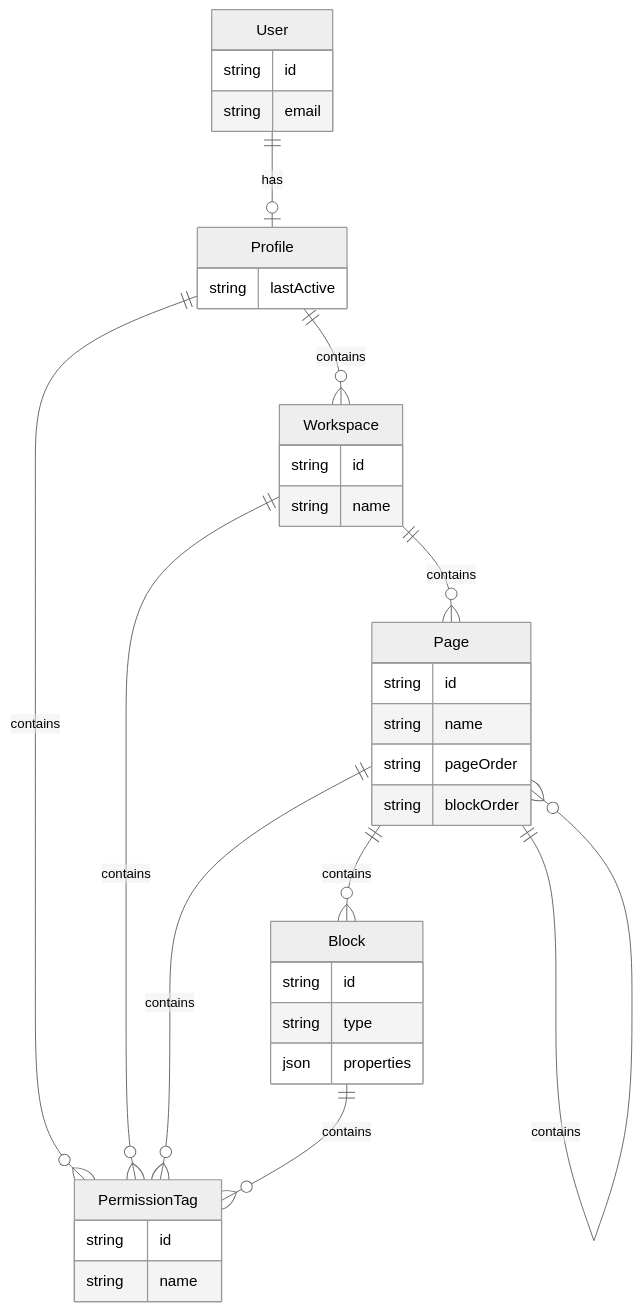
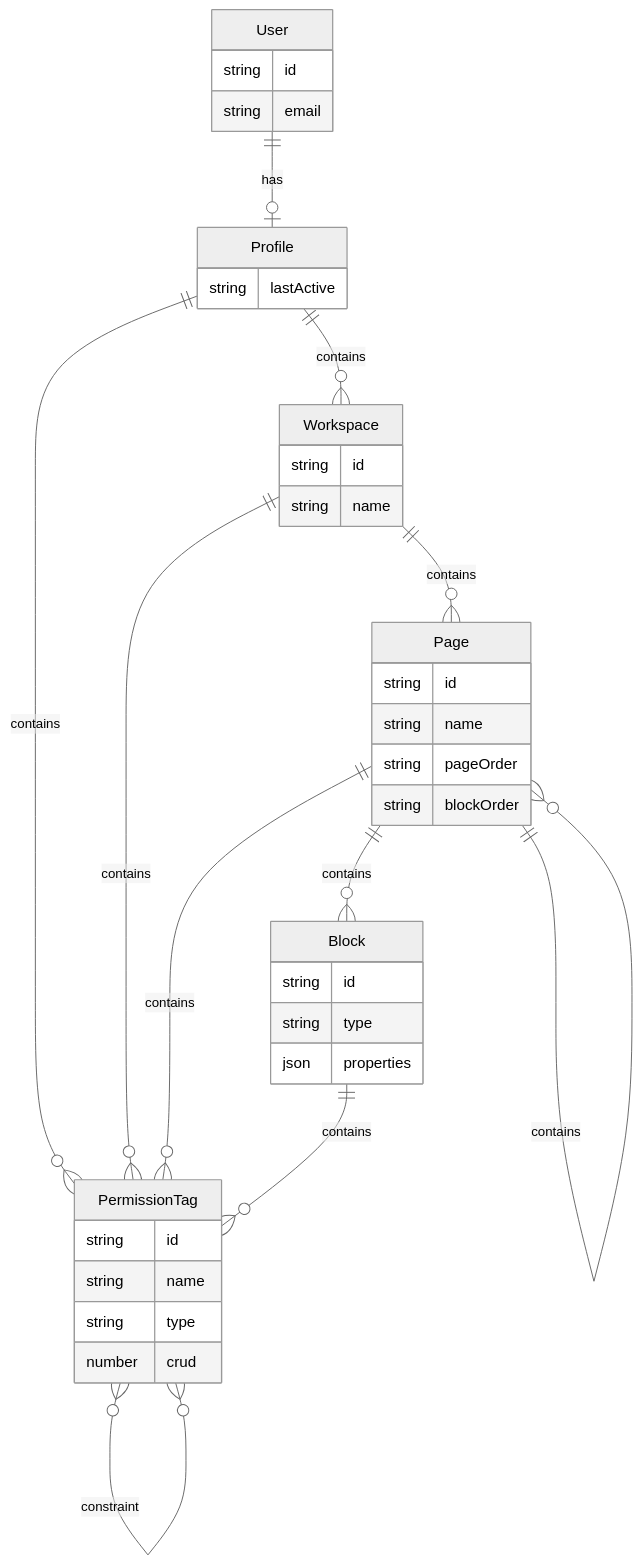
One commit to idealjs/chao-feng changed the diagram in docs/er.md. Above: the diagram before and after it, drawn with Mermaid (neutral theme). The commit also changed 1 other file, not shown here.

Commit message:
update: update tag's permission

````diff
--- a/docs/er.md
+++ b/docs/er.md
@@ -1,45 +1,48 @@
 ```mermaid
 erDiagram
 
 User {
 	string id
 	string email
 }
 
 Profile {
 	string lastActive
 }
 
 PermissionTag {
   string id
   string name
+  string type
+  number crud
 }
 
 Workspace {
   string id
   string name
 }
 
 Page {
   string id
   string name
   string pageOrder
   string blockOrder
 }
 
 Block {
   string id
   string type
   json properties
 }
 
 User ||--o| Profile: has
 Profile ||--o{ Workspace : contains
 Profile ||--o{ PermissionTag : contains
 Workspace ||--o{ PermissionTag : contains
 Workspace ||--o{ Page : contains
 Page ||--o{ Block : contains
 Page ||--o{ Page : contains
 Page ||--o{ PermissionTag : contains
 Block ||--o{ PermissionTag : contains
+PermissionTag }o--o{ PermissionTag: constraint
 ```
````
